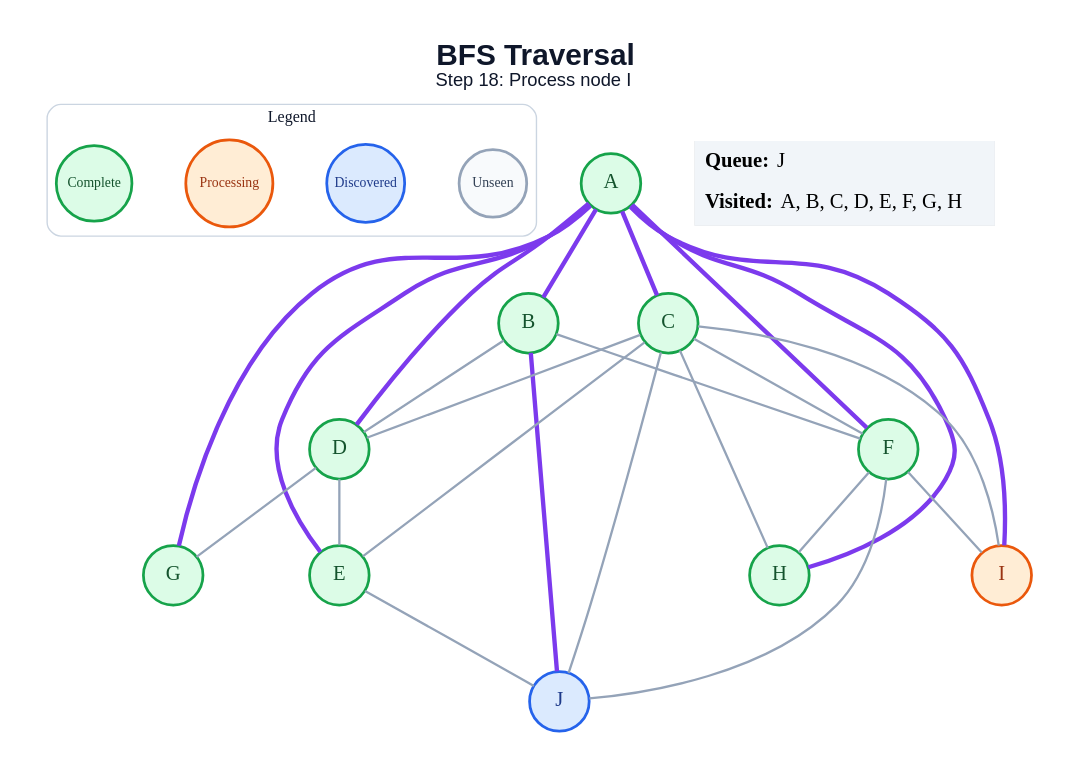
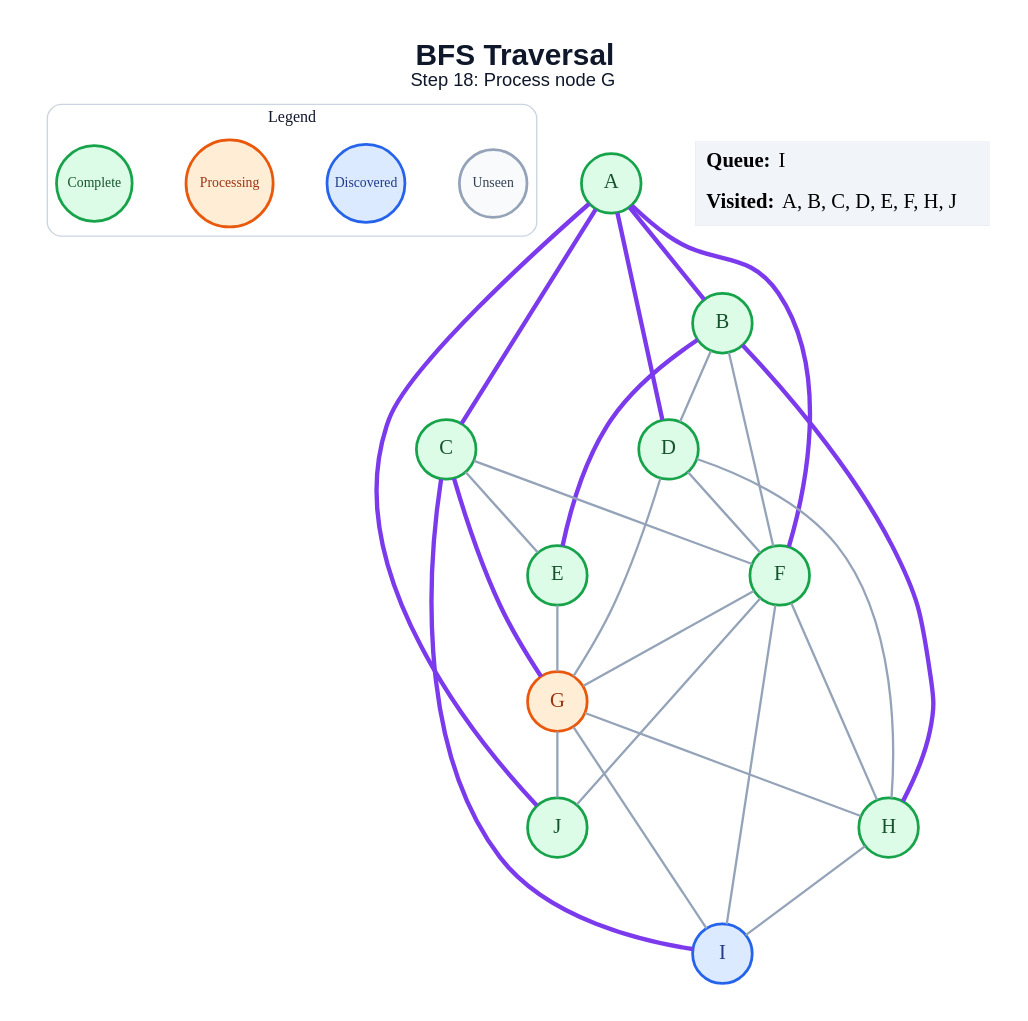
Before and after one commit to amanghodawala9/ai-slop: the diagram in generated/bfs/step_18.dot, drawn with Graphviz. The commit also changed 178 other files, not shown here.

```diff
--- a/generated/bfs/step_18.dot
+++ b/generated/bfs/step_18.dot
@@ -1,52 +1,54 @@
 graph traversal {
   graph [layout=dot, rankdir=TB, bgcolor="#FFFFFF", pad="0.35", nodesep="0.65", ranksep="0.8", fontname="Arial"];
   node [shape=circle, style="filled", fontname="Arial Bold", fontsize=18, width=0.72, fixedsize=true, penwidth=2.4];
   edge [color="#94A3B8", penwidth=2.0];
-  label=<<B>BFS Traversal</B><BR/><FONT POINT-SIZE="16">Step 18: Process node I</FONT>>; labelloc="t"; fontsize=26; fontname="Arial"; fontcolor="#0F172A";
+  label=<<B>BFS Traversal</B><BR/><FONT POINT-SIZE="16">Step 18: Process node G</FONT>>; labelloc="t"; fontsize=26; fontname="Arial"; fontcolor="#0F172A";
   subgraph cluster_legend { label="Legend"; color="#CBD5E1"; penwidth=1.2; style="rounded"; fontsize=14; fontname="Arial Bold";
     key_unseen [label="Unseen", fillcolor="#F8FAFC", color="#94A3B8", fontcolor="#334155", fontsize=12, width=0.82];
     key_frontier [label="Discovered", fillcolor="#DBEAFE", color="#2563EB", fontcolor="#1E3A8A", fontsize=12, width=0.95];
     key_current [label="Processing", fillcolor="#FFEDD5", color="#EA580C", fontcolor="#9A3412", fontsize=12, width=1.05];
     key_done [label="Complete", fillcolor="#DCFCE7", color="#16A34A", fontcolor="#14532D", fontsize=12, width=0.92];
     { rank=same; key_unseen; key_frontier; key_current; key_done; }
   }
   A [fillcolor="#DCFCE7", color="#16A34A", fontcolor="#14532D"];
   B [fillcolor="#DCFCE7", color="#16A34A", fontcolor="#14532D"];
   C [fillcolor="#DCFCE7", color="#16A34A", fontcolor="#14532D"];
   D [fillcolor="#DCFCE7", color="#16A34A", fontcolor="#14532D"];
   E [fillcolor="#DCFCE7", color="#16A34A", fontcolor="#14532D"];
   F [fillcolor="#DCFCE7", color="#16A34A", fontcolor="#14532D"];
-  G [fillcolor="#DCFCE7", color="#16A34A", fontcolor="#14532D"];
+  G [fillcolor="#FFEDD5", color="#EA580C", fontcolor="#9A3412"];
   H [fillcolor="#DCFCE7", color="#16A34A", fontcolor="#14532D"];
-  I [fillcolor="#FFEDD5", color="#EA580C", fontcolor="#9A3412"];
-  J [fillcolor="#DBEAFE", color="#2563EB", fontcolor="#1E3A8A"];
+  I [fillcolor="#DBEAFE", color="#2563EB", fontcolor="#1E3A8A"];
+  J [fillcolor="#DCFCE7", color="#16A34A", fontcolor="#14532D"];
   A -- B [color="#7C3AED", penwidth=3.8];
   A -- C [color="#7C3AED", penwidth=3.8];
   A -- D [color="#7C3AED", penwidth=3.8];
-  A -- E [color="#7C3AED", penwidth=3.8];
   A -- F [color="#7C3AED", penwidth=3.8];
-  A -- G [color="#7C3AED", penwidth=3.8];
-  A -- H [color="#7C3AED", penwidth=3.8];
-  A -- I [color="#7C3AED", penwidth=3.8];
+  A -- J [color="#7C3AED", penwidth=3.8];
   B -- D;
+  B -- E [color="#7C3AED", penwidth=3.8];
   B -- F;
-  B -- J [color="#7C3AED", penwidth=3.8];
-  C -- D;
+  B -- H [color="#7C3AED", penwidth=3.8];
   C -- E;
   C -- F;
-  C -- H;
-  C -- I;
-  C -- J;
-  D -- E;
+  C -- G [color="#7C3AED", penwidth=3.8];
+  C -- I [color="#7C3AED", penwidth=3.8];
+  D -- F;
   D -- G;
-  E -- J;
+  D -- H;
+  E -- G;
+  F -- G;
   F -- H;
   F -- I;
   F -- J;
+  G -- H;
+  G -- I;
+  G -- J;
+  H -- I;
   status [shape=plain, fixedsize=false, width=0, height=0, margin=0, label=<
     <TABLE BORDER="0" CELLBORDER="0" CELLPADDING="7" BGCOLOR="#F1F5F9">
-      <TR><TD ALIGN="LEFT"><B>Queue:</B> J</TD></TR>
-      <TR><TD ALIGN="LEFT"><B>Visited:</B> A, B, C, D, E, F, G, H</TD></TR>
+      <TR><TD ALIGN="LEFT"><B>Queue:</B> I</TD></TR>
+      <TR><TD ALIGN="LEFT"><B>Visited:</B> A, B, C, D, E, F, H, J</TD></TR>
     </TABLE>
   >];
 }
```
